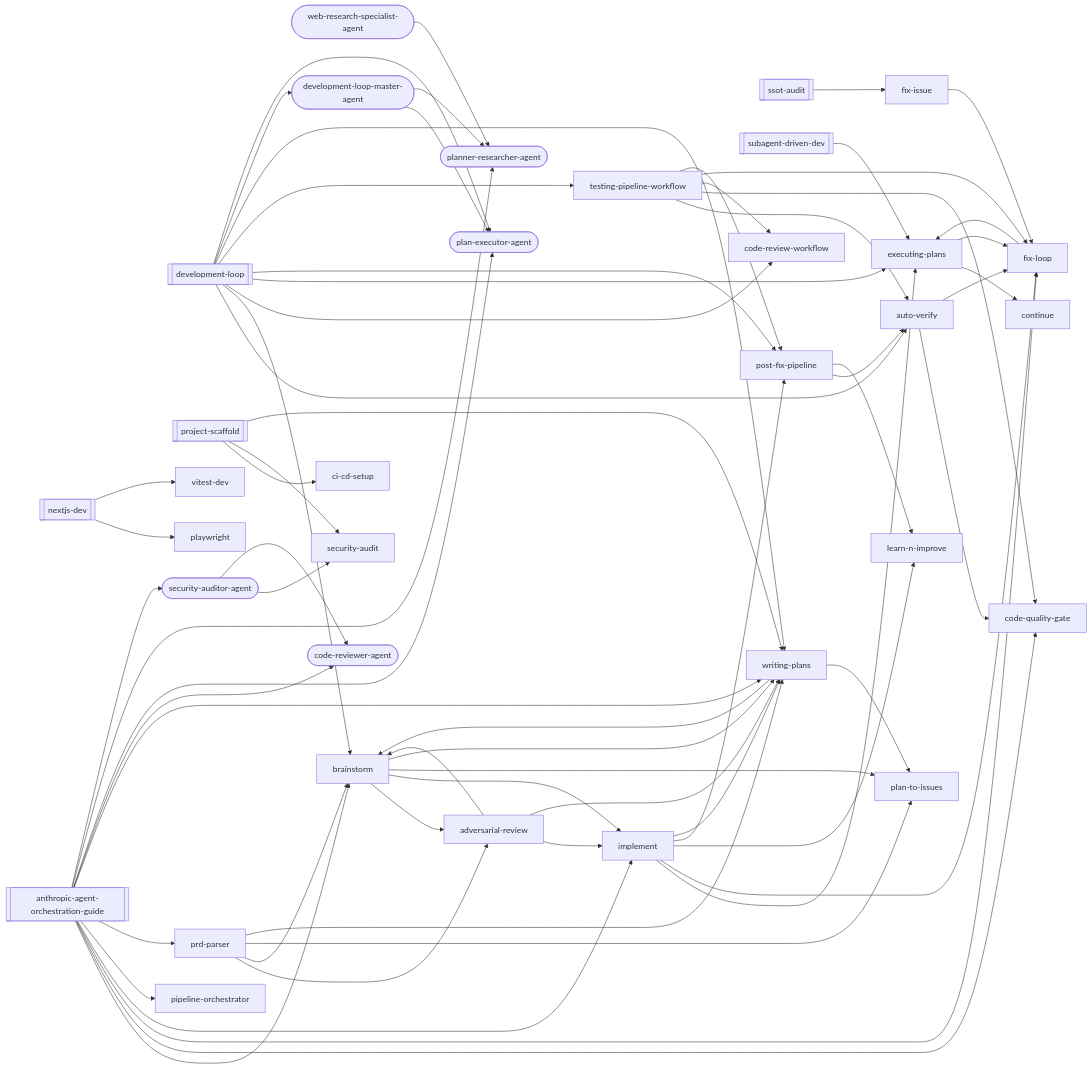
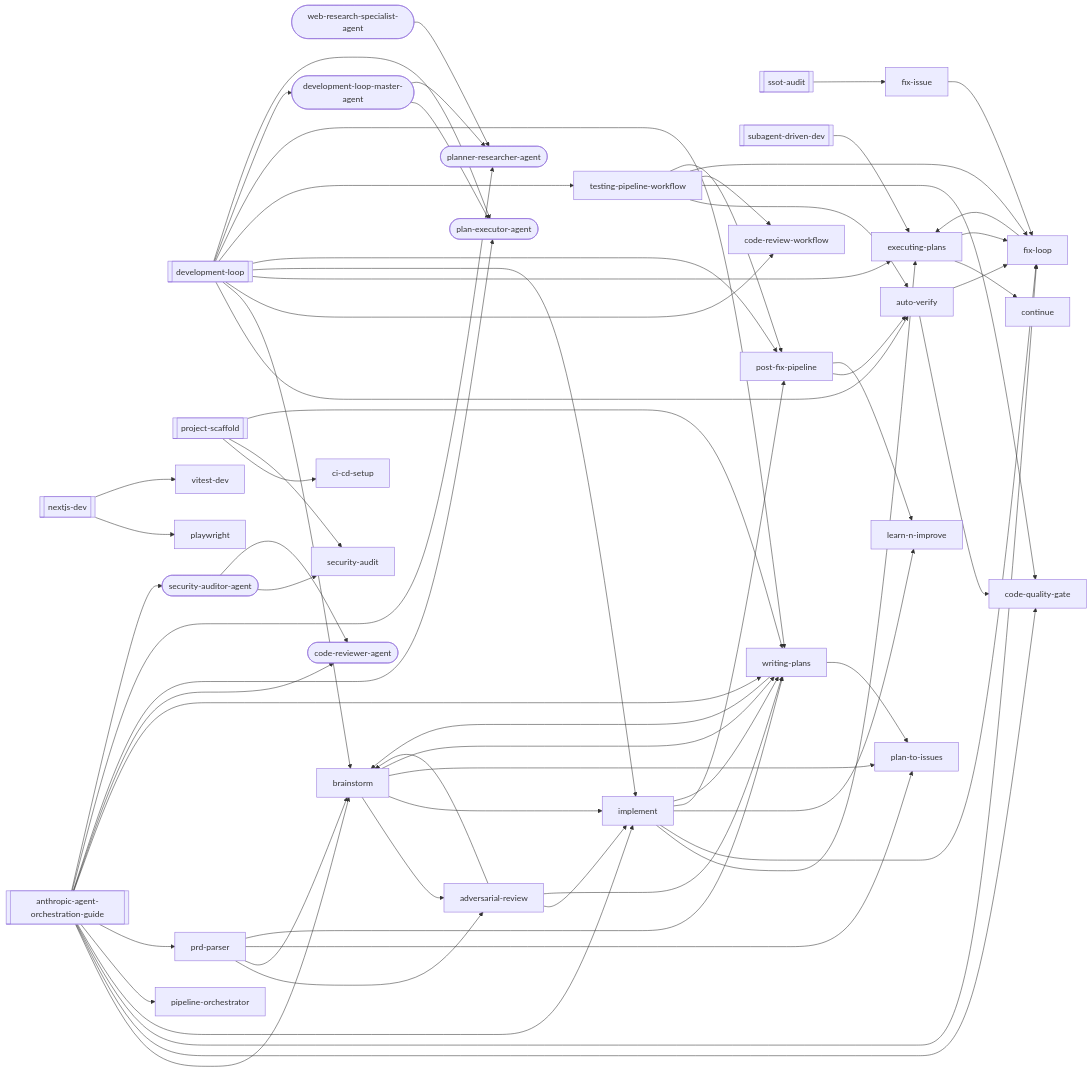
The second of 37 diagrams in docs/workflows/development-loop.md (abhayla/claude-best-practices), drawn with Mermaid before and after one commit. The commit also changed other lines of this file and 12 other files, not shown here.

```diff
--- a/docs/workflows/development-loop.md
+++ b/docs/workflows/development-loop.md
@@ -215,6 +216,7 @@
     development_loop --> brainstorm
     development_loop --> code_review_workflow
     development_loop --> executing_plans
+    development_loop --> implement
     development_loop --> post_fix_pipeline
     development_loop --> testing_pipeline_workflow
     development_loop --> writing_plans
```
